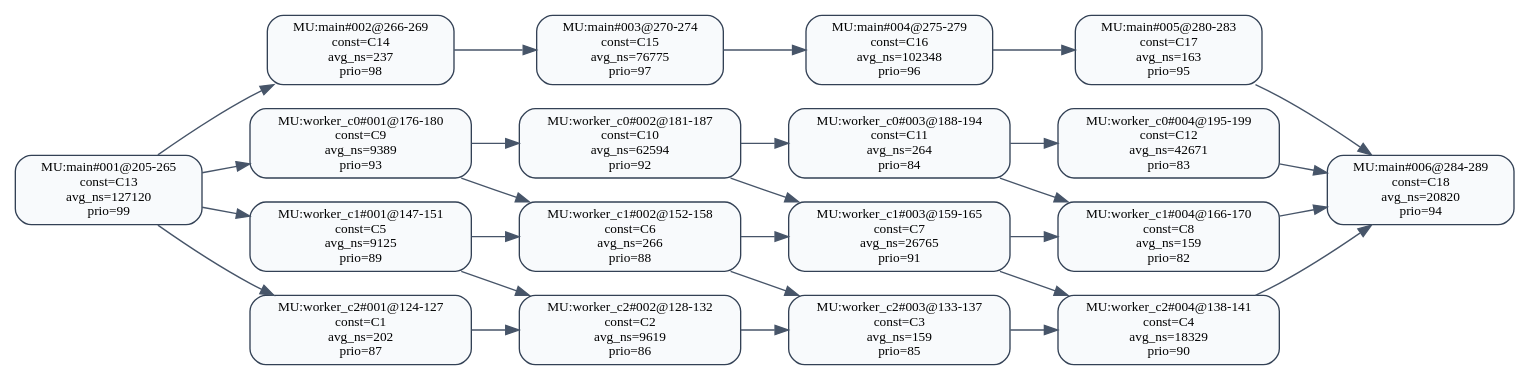
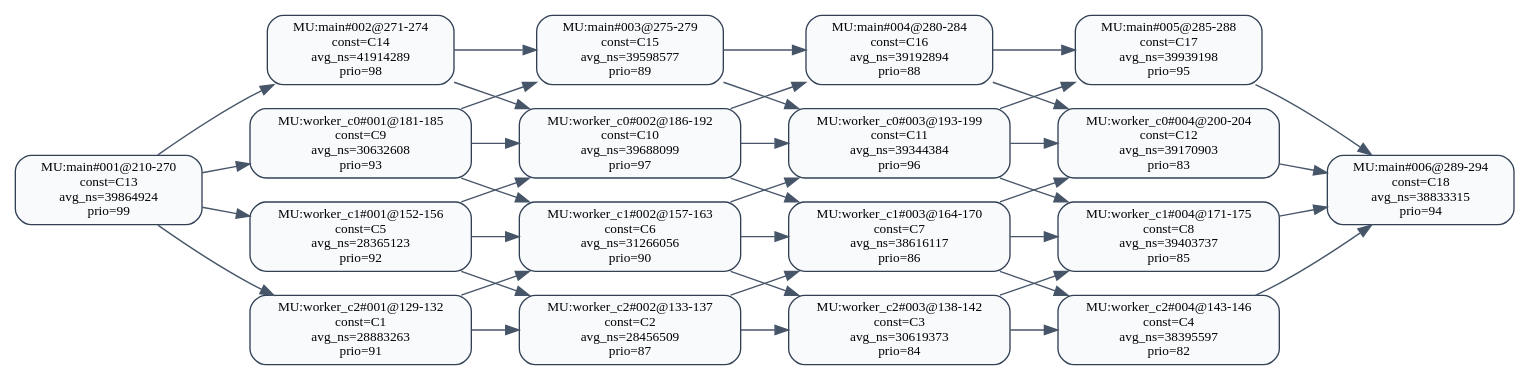
One commit to RTS-SYSU/DAG-Gen changed the diagram in 中间结果/zhang3/pipeline/validation/level2/effective_line_merge/zhao2020/dag_seg_annotated.dot. Above: the diagram before and after it, drawn with Graphviz. The commit also changed 1017 other files, not shown here.

Commit message:
已矫正dag图circle问题，下一步准备板子上实验

```diff
--- a/中间结果/zhang3/pipeline/validation/level2/effective_line_merge/zhao2020/dag_seg_annotated.dot
+++ b/中间结果/zhang3/pipeline/validation/level2/effective_line_merge/zhao2020/dag_seg_annotated.dot
@@ -1,49 +1,61 @@
 digraph dag_seg_annotated {
   rankdir=LR;
   node [shape=box, style="rounded,filled", fillcolor="#F8FAFC", color="#334155", fontsize=10];
   edge [color="#475569"];
-  "MU:main#001@205-265" [label="MU:main#001@205-265\nconst=C13\navg_ns=127120\nprio=99"];
-  "MU:main#002@266-269" [label="MU:main#002@266-269\nconst=C14\navg_ns=237\nprio=98"];
-  "MU:main#003@270-274" [label="MU:main#003@270-274\nconst=C15\navg_ns=76775\nprio=97"];
-  "MU:main#004@275-279" [label="MU:main#004@275-279\nconst=C16\navg_ns=102348\nprio=96"];
-  "MU:main#005@280-283" [label="MU:main#005@280-283\nconst=C17\navg_ns=163\nprio=95"];
-  "MU:main#006@284-289" [label="MU:main#006@284-289\nconst=C18\navg_ns=20820\nprio=94"];
-  "MU:worker_c0#001@176-180" [label="MU:worker_c0#001@176-180\nconst=C9\navg_ns=9389\nprio=93"];
-  "MU:worker_c0#002@181-187" [label="MU:worker_c0#002@181-187\nconst=C10\navg_ns=62594\nprio=92"];
-  "MU:worker_c0#003@188-194" [label="MU:worker_c0#003@188-194\nconst=C11\navg_ns=264\nprio=84"];
-  "MU:worker_c0#004@195-199" [label="MU:worker_c0#004@195-199\nconst=C12\navg_ns=42671\nprio=83"];
-  "MU:worker_c1#001@147-151" [label="MU:worker_c1#001@147-151\nconst=C5\navg_ns=9125\nprio=89"];
-  "MU:worker_c1#002@152-158" [label="MU:worker_c1#002@152-158\nconst=C6\navg_ns=266\nprio=88"];
-  "MU:worker_c1#003@159-165" [label="MU:worker_c1#003@159-165\nconst=C7\navg_ns=26765\nprio=91"];
-  "MU:worker_c1#004@166-170" [label="MU:worker_c1#004@166-170\nconst=C8\navg_ns=159\nprio=82"];
-  "MU:worker_c2#001@124-127" [label="MU:worker_c2#001@124-127\nconst=C1\navg_ns=202\nprio=87"];
-  "MU:worker_c2#002@128-132" [label="MU:worker_c2#002@128-132\nconst=C2\navg_ns=9619\nprio=86"];
-  "MU:worker_c2#003@133-137" [label="MU:worker_c2#003@133-137\nconst=C3\navg_ns=159\nprio=85"];
-  "MU:worker_c2#004@138-141" [label="MU:worker_c2#004@138-141\nconst=C4\navg_ns=18329\nprio=90"];
-  "MU:worker_c2#001@124-127" -> "MU:worker_c2#002@128-132";
-  "MU:worker_c2#002@128-132" -> "MU:worker_c2#003@133-137";
-  "MU:worker_c2#003@133-137" -> "MU:worker_c2#004@138-141";
-  "MU:worker_c1#001@147-151" -> "MU:worker_c1#002@152-158";
-  "MU:worker_c1#002@152-158" -> "MU:worker_c1#003@159-165";
-  "MU:worker_c1#003@159-165" -> "MU:worker_c1#004@166-170";
-  "MU:worker_c0#001@176-180" -> "MU:worker_c0#002@181-187";
-  "MU:worker_c0#002@181-187" -> "MU:worker_c0#003@188-194";
-  "MU:worker_c0#003@188-194" -> "MU:worker_c0#004@195-199";
-  "MU:main#001@205-265" -> "MU:main#002@266-269";
-  "MU:main#002@266-269" -> "MU:main#003@270-274";
-  "MU:main#003@270-274" -> "MU:main#004@275-279";
-  "MU:main#004@275-279" -> "MU:main#005@280-283";
-  "MU:main#005@280-283" -> "MU:main#006@284-289";
-  "MU:main#001@205-265" -> "MU:worker_c0#001@176-180";
-  "MU:main#001@205-265" -> "MU:worker_c1#001@147-151";
-  "MU:main#001@205-265" -> "MU:worker_c2#001@124-127";
-  "MU:worker_c0#004@195-199" -> "MU:main#006@284-289";
-  "MU:worker_c1#004@166-170" -> "MU:main#006@284-289";
-  "MU:worker_c2#004@138-141" -> "MU:main#006@284-289";
-  "MU:worker_c1#001@147-151" -> "MU:worker_c2#002@128-132";
-  "MU:worker_c1#002@152-158" -> "MU:worker_c2#003@133-137";
-  "MU:worker_c1#003@159-165" -> "MU:worker_c2#004@138-141";
-  "MU:worker_c0#001@176-180" -> "MU:worker_c1#002@152-158";
-  "MU:worker_c0#002@181-187" -> "MU:worker_c1#003@159-165";
-  "MU:worker_c0#003@188-194" -> "MU:worker_c1#004@166-170";
+  "MU:main#001@210-270" [label="MU:main#001@210-270\nconst=C13\navg_ns=39864924\nprio=99"];
+  "MU:main#002@271-274" [label="MU:main#002@271-274\nconst=C14\navg_ns=41914289\nprio=98"];
+  "MU:main#003@275-279" [label="MU:main#003@275-279\nconst=C15\navg_ns=39598577\nprio=89"];
+  "MU:main#004@280-284" [label="MU:main#004@280-284\nconst=C16\navg_ns=39192894\nprio=88"];
+  "MU:main#005@285-288" [label="MU:main#005@285-288\nconst=C17\navg_ns=39939198\nprio=95"];
+  "MU:main#006@289-294" [label="MU:main#006@289-294\nconst=C18\navg_ns=38833315\nprio=94"];
+  "MU:worker_c0#001@181-185" [label="MU:worker_c0#001@181-185\nconst=C9\navg_ns=30632608\nprio=93"];
+  "MU:worker_c0#002@186-192" [label="MU:worker_c0#002@186-192\nconst=C10\navg_ns=39688099\nprio=97"];
+  "MU:worker_c0#003@193-199" [label="MU:worker_c0#003@193-199\nconst=C11\navg_ns=39344384\nprio=96"];
+  "MU:worker_c0#004@200-204" [label="MU:worker_c0#004@200-204\nconst=C12\navg_ns=39170903\nprio=83"];
+  "MU:worker_c1#001@152-156" [label="MU:worker_c1#001@152-156\nconst=C5\navg_ns=28365123\nprio=92"];
+  "MU:worker_c1#002@157-163" [label="MU:worker_c1#002@157-163\nconst=C6\navg_ns=31266056\nprio=90"];
+  "MU:worker_c1#003@164-170" [label="MU:worker_c1#003@164-170\nconst=C7\navg_ns=38616117\nprio=86"];
+  "MU:worker_c1#004@171-175" [label="MU:worker_c1#004@171-175\nconst=C8\navg_ns=39403737\nprio=85"];
+  "MU:worker_c2#001@129-132" [label="MU:worker_c2#001@129-132\nconst=C1\navg_ns=28883263\nprio=91"];
+  "MU:worker_c2#002@133-137" [label="MU:worker_c2#002@133-137\nconst=C2\navg_ns=28456509\nprio=87"];
+  "MU:worker_c2#003@138-142" [label="MU:worker_c2#003@138-142\nconst=C3\navg_ns=30619373\nprio=84"];
+  "MU:worker_c2#004@143-146" [label="MU:worker_c2#004@143-146\nconst=C4\navg_ns=38395597\nprio=82"];
+  "MU:worker_c2#001@129-132" -> "MU:worker_c2#002@133-137";
+  "MU:worker_c2#002@133-137" -> "MU:worker_c2#003@138-142";
+  "MU:worker_c2#003@138-142" -> "MU:worker_c2#004@143-146";
+  "MU:worker_c1#001@152-156" -> "MU:worker_c1#002@157-163";
+  "MU:worker_c1#002@157-163" -> "MU:worker_c1#003@164-170";
+  "MU:worker_c1#003@164-170" -> "MU:worker_c1#004@171-175";
+  "MU:worker_c0#001@181-185" -> "MU:worker_c0#002@186-192";
+  "MU:worker_c0#002@186-192" -> "MU:worker_c0#003@193-199";
+  "MU:worker_c0#003@193-199" -> "MU:worker_c0#004@200-204";
+  "MU:main#001@210-270" -> "MU:main#002@271-274";
+  "MU:main#002@271-274" -> "MU:main#003@275-279";
+  "MU:main#003@275-279" -> "MU:main#004@280-284";
+  "MU:main#004@280-284" -> "MU:main#005@285-288";
+  "MU:main#005@285-288" -> "MU:main#006@289-294";
+  "MU:main#001@210-270" -> "MU:worker_c0#001@181-185";
+  "MU:main#001@210-270" -> "MU:worker_c1#001@152-156";
+  "MU:main#001@210-270" -> "MU:worker_c2#001@129-132";
+  "MU:worker_c0#004@200-204" -> "MU:main#006@289-294";
+  "MU:worker_c1#004@171-175" -> "MU:main#006@289-294";
+  "MU:worker_c2#004@143-146" -> "MU:main#006@289-294";
+  "MU:worker_c2#001@129-132" -> "MU:worker_c1#002@157-163";
+  "MU:worker_c1#001@152-156" -> "MU:worker_c2#002@133-137";
+  "MU:worker_c2#002@133-137" -> "MU:worker_c1#003@164-170";
+  "MU:worker_c1#002@157-163" -> "MU:worker_c2#003@138-142";
+  "MU:worker_c2#003@138-142" -> "MU:worker_c1#004@171-175";
+  "MU:worker_c1#003@164-170" -> "MU:worker_c2#004@143-146";
+  "MU:worker_c1#001@152-156" -> "MU:worker_c0#002@186-192";
+  "MU:worker_c0#001@181-185" -> "MU:worker_c1#002@157-163";
+  "MU:worker_c1#002@157-163" -> "MU:worker_c0#003@193-199";
+  "MU:worker_c0#002@186-192" -> "MU:worker_c1#003@164-170";
+  "MU:worker_c1#003@164-170" -> "MU:worker_c0#004@200-204";
+  "MU:worker_c0#003@193-199" -> "MU:worker_c1#004@171-175";
+  "MU:worker_c0#001@181-185" -> "MU:main#003@275-279";
+  "MU:main#002@271-274" -> "MU:worker_c0#002@186-192";
+  "MU:worker_c0#002@186-192" -> "MU:main#004@280-284";
+  "MU:main#003@275-279" -> "MU:worker_c0#003@193-199";
+  "MU:worker_c0#003@193-199" -> "MU:main#005@285-288";
+  "MU:main#004@280-284" -> "MU:worker_c0#004@200-204";
 }
```
